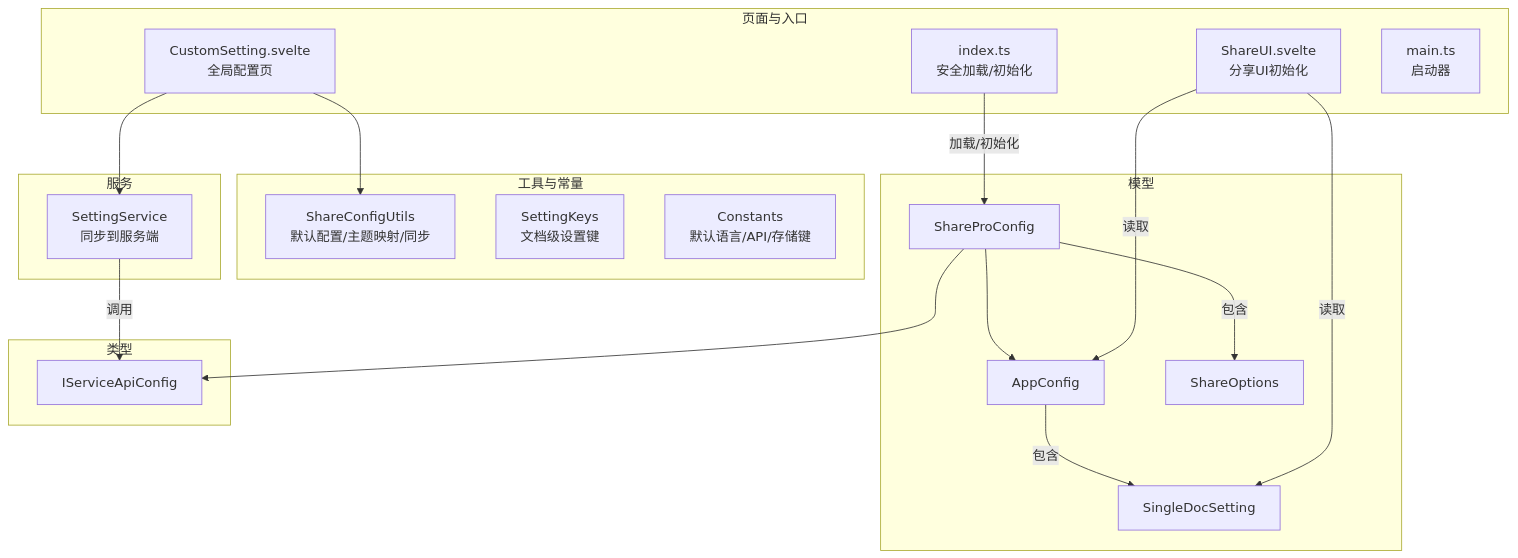
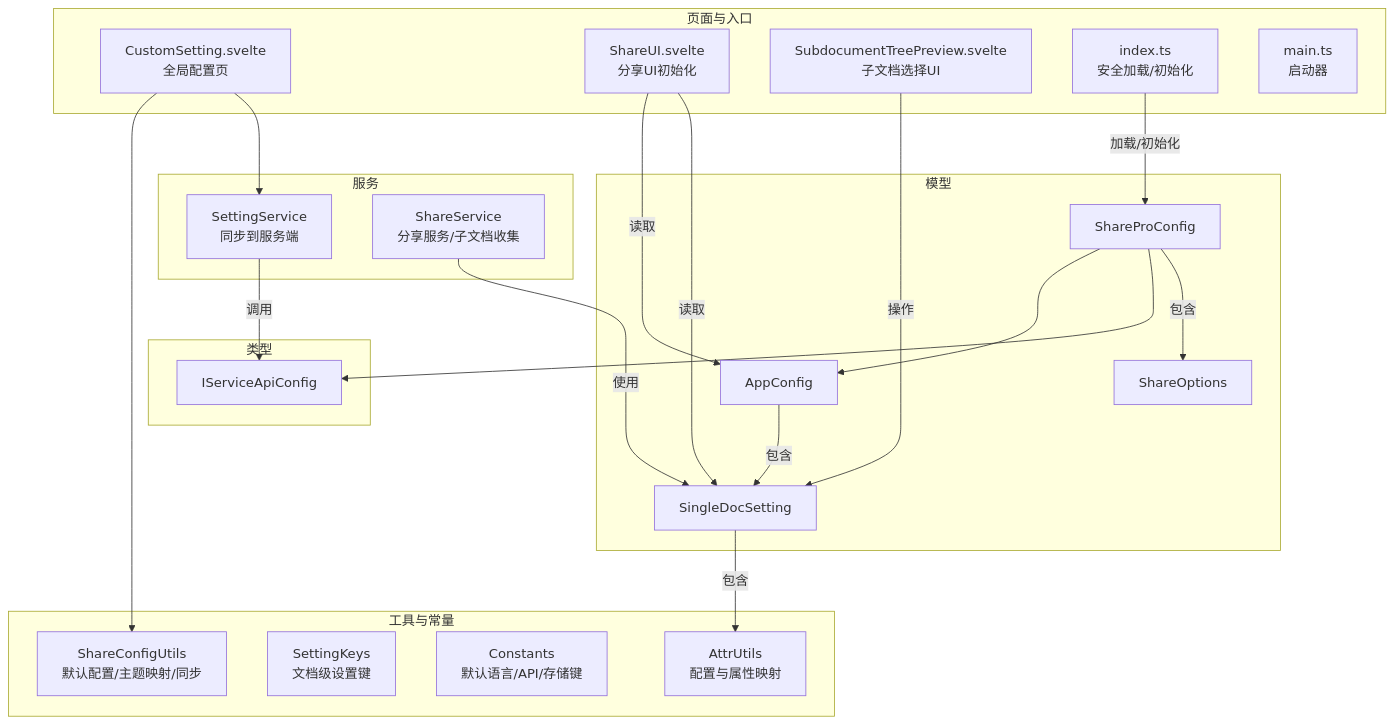
One commit to terwerinc/siyuan-plugin-share-pro changed the first of 4 diagrams in .qoder/repowiki/zh/content/数据模型/配置模型.md. Above: the diagram before and after it, drawn with Mermaid. The commit also changed other lines of this file and 10 other files, not shown here.

````diff
--- a/.qoder/repowiki/zh/content/数据模型/配置模型.md
+++ b/.qoder/repowiki/zh/content/数据模型/配置模型.md
@@ -50,36 +60,42 @@
 ```mermaid
 graph TB
 subgraph "模型"
 SP["ShareProConfig"]
 AC["AppConfig"]
 SDS["SingleDocSetting"]
 SO["ShareOptions"]
 end
 subgraph "工具与常量"
 SCU["ShareConfigUtils<br/>默认配置/主题映射/同步"]
 SK["SettingKeys<br/>文档级设置键"]
 C["Constants<br/>默认语言/API/存储键"]
+AU["AttrUtils<br/>配置与属性映射"]
 end
 subgraph "服务"
 SS["SettingService<br/>同步到服务端"]
+SHS["ShareService<br/>分享服务/子文档收集"]
 end
 subgraph "类型"
 IAC["IServiceApiConfig"]
 end
 subgraph "页面与入口"
 CS["CustomSetting.svelte<br/>全局配置页"]
 SU["ShareUI.svelte<br/>分享UI初始化"]
+STP["SubdocumentTreePreview.svelte<br/>子文档选择UI"]
 IDX["index.ts<br/>安全加载/初始化"]
 M["main.ts<br/>启动器"]
 end
 SP --> AC
 SP --> IAC
 SP --> |"包含"| SO
 AC --> |"包含"| SDS
+SDS --> |"包含"| AU
 CS --> SCU
 CS --> SS
 SU --> |"读取"| AC
 SU --> |"读取"| SDS
+SHS --> |"使用"| SDS
+STP --> |"操作"| SDS
 IDX --> |"加载/初始化"| SP
 SS --> |"调用"| IAC
 ```
````
